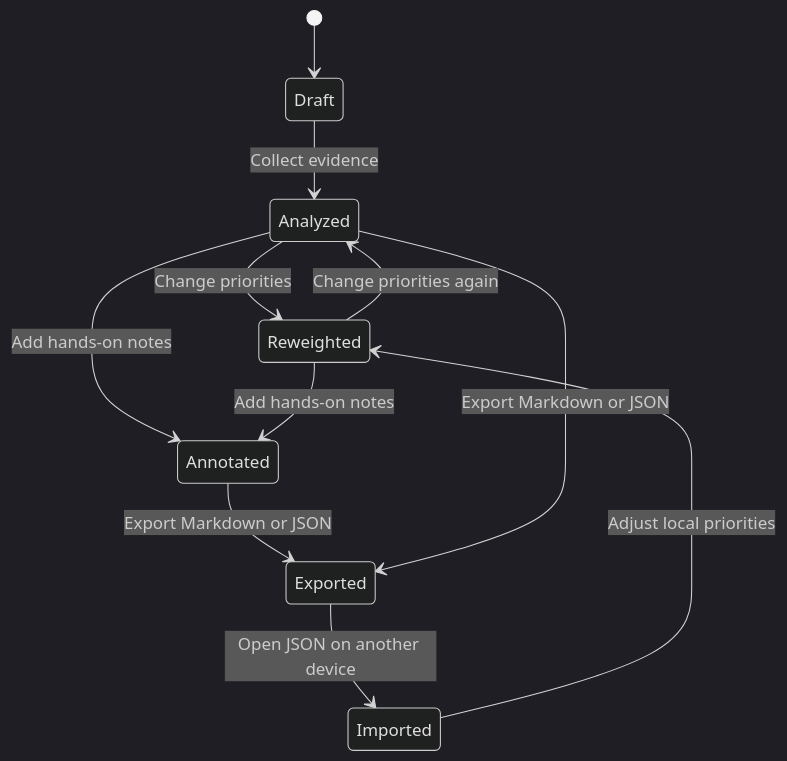
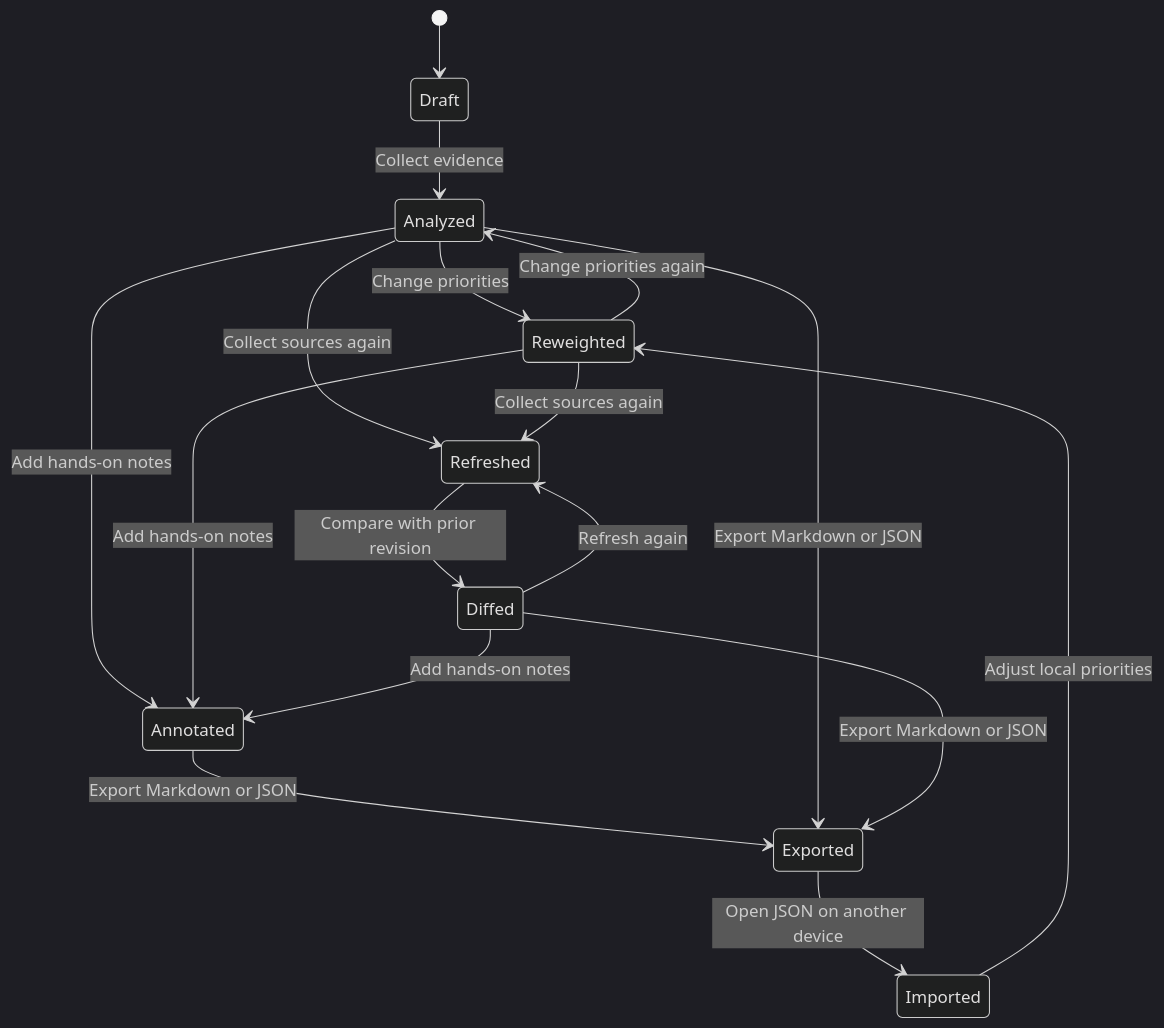
One commit to wp043/fitlens changed the fourth of 5 diagrams in README.md. Above: the diagram before and after it, drawn with Mermaid (dark theme). The commit also changed other lines of this file and 16 other files, not shown here.

````diff
--- a/README.md
+++ b/README.md
@@ -187,13 +204,19 @@
 ```mermaid
 stateDiagram-v2
     [*] --> Draft
     Draft --> Analyzed: Collect evidence
     Analyzed --> Reweighted: Change priorities
     Reweighted --> Analyzed: Change priorities again
+    Analyzed --> Refreshed: Collect sources again
+    Reweighted --> Refreshed: Collect sources again
+    Refreshed --> Diffed: Compare with prior revision
+    Diffed --> Refreshed: Refresh again
     Analyzed --> Annotated: Add hands-on notes
     Reweighted --> Annotated: Add hands-on notes
+    Diffed --> Annotated: Add hands-on notes
     Annotated --> Exported: Export Markdown or JSON
     Analyzed --> Exported: Export Markdown or JSON
+    Diffed --> Exported: Export Markdown or JSON
     Exported --> Imported: Open JSON on another device
     Imported --> Reweighted: Adjust local priorities
 ```
````
